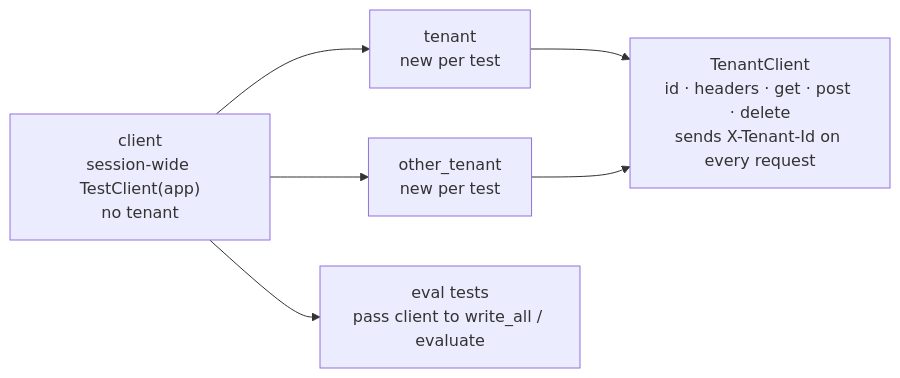
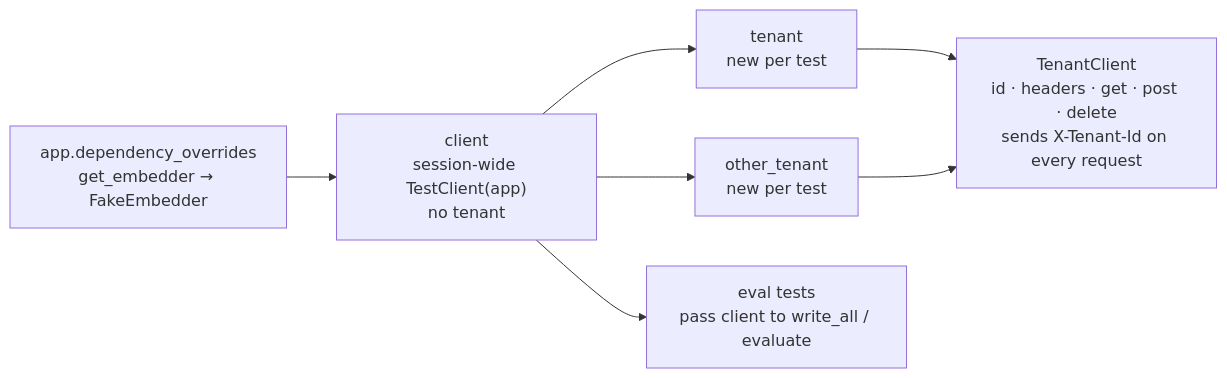
One commit to ZiadHendawy/mutable changed diagram 21 of 23 in docs/design.md. Above: the diagram before and after it, drawn with Mermaid. The commit also changed other lines of this file and 10 other files, not shown here.

````diff
--- a/docs/design.md
+++ b/docs/design.md
@@ -1116,8 +1146,9 @@
 ```mermaid
 flowchart LR
     client["client<br/>session-wide TestClient(app)<br/>no tenant"] --> tenant["tenant<br/>new per test"]
     client --> other["other_tenant<br/>new per test"]
     tenant --> tc["TenantClient<br/>id · headers · get · post · delete<br/>sends X-Tenant-Id on every request"]
     other --> tc
     client --> evaltests["eval tests<br/>pass client to write_all / evaluate"]
+    fake["app.dependency_overrides<br/>get_embedder → FakeEmbedder"] --> client
 ```
````
